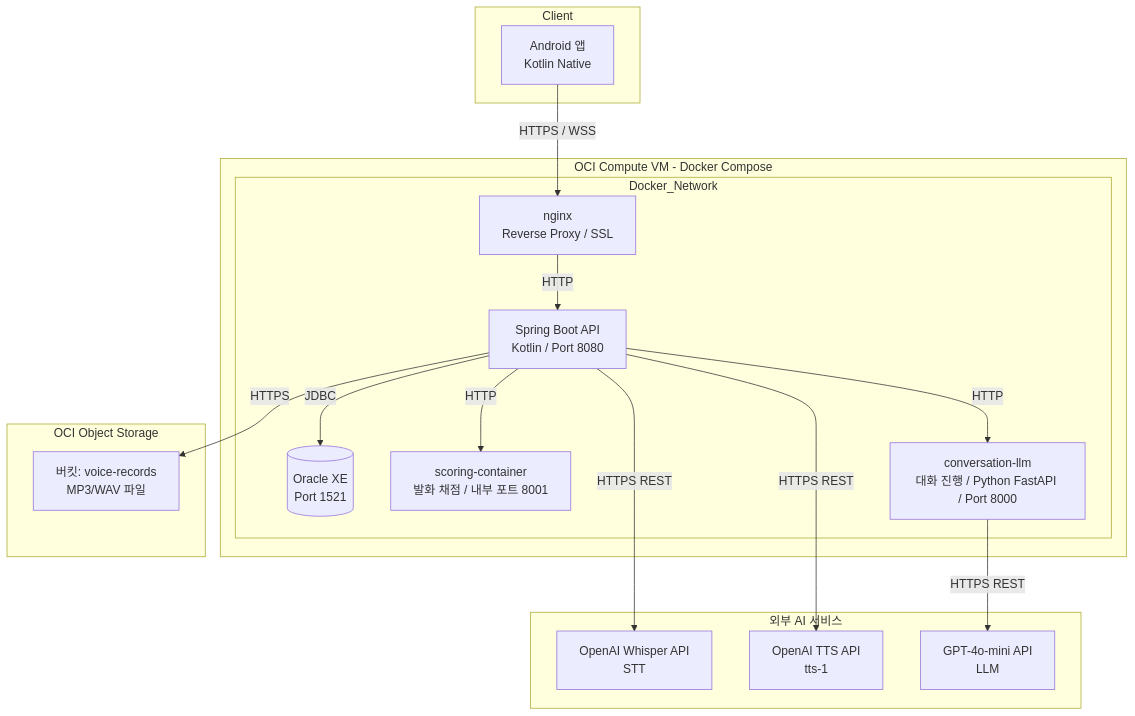
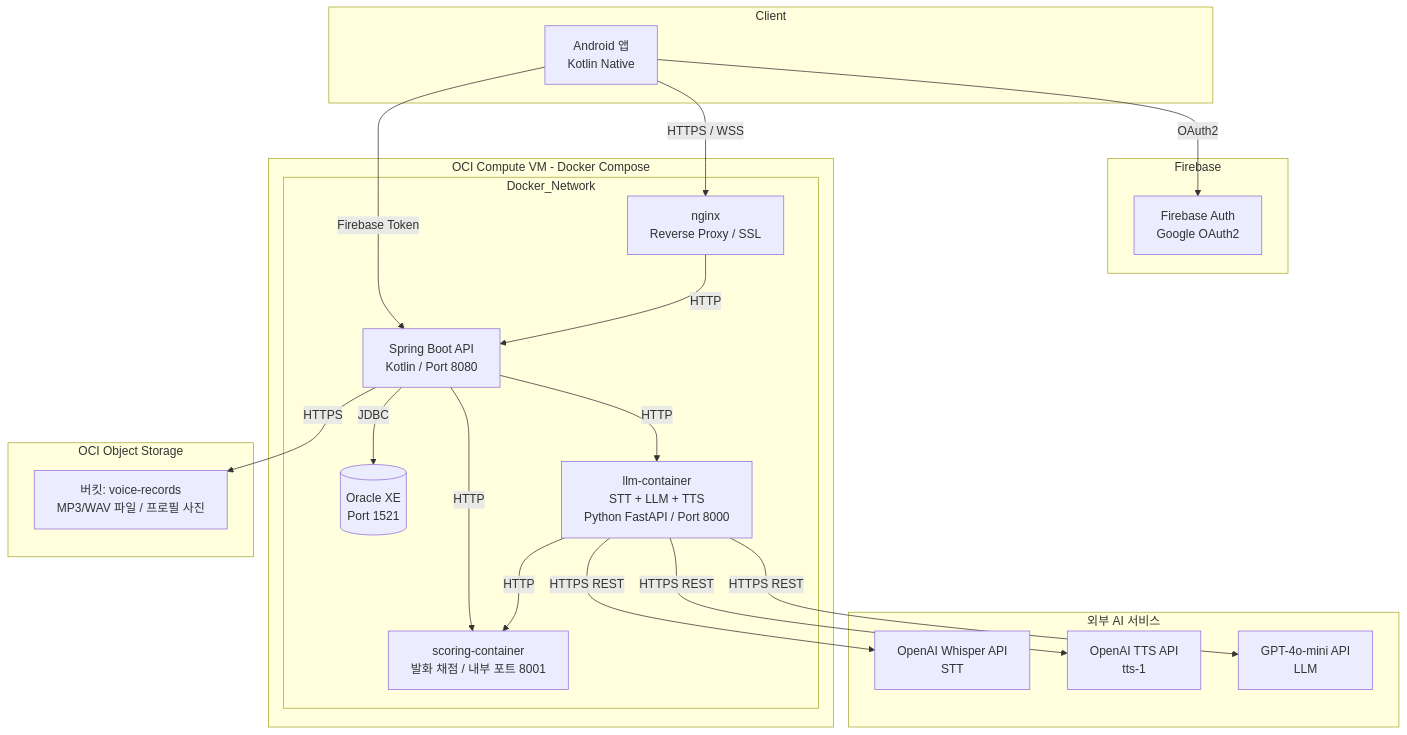
One commit to 2026SeSAC-Oracle-Team2/Documentations changed the first of 3 diagrams in 02_System_Design_Document.md. Above: the diagram before and after it, drawn with Mermaid. The commit also changed other lines of this file and 7 other files, not shown here.

````diff
--- a/02_System_Design_Document.md
+++ b/02_System_Design_Document.md
@@ -20,36 +21,43 @@
 ```mermaid
 graph TB
     subgraph Client
         A[Android 앱<br/>Kotlin Native]
+    end
+
+    subgraph Firebase
+        F[Firebase Auth<br/>Google OAuth2]
     end
 
     subgraph OCI_VM[OCI Compute VM - Docker Compose]
         subgraph Docker_Network
             N[nginx<br/>Reverse Proxy / SSL]
             S[Spring Boot API<br/>Kotlin / Port 8080]
             D[(Oracle XE<br/>Port 1521)]
+            LLM[llm-container<br/>STT + LLM + TTS<br/>Python FastAPI / Port 8000]
             SC[scoring-container<br/>발화 채점 / 내부 포트 8001]
-            CC[conversation-llm<br/>대화 진행 / Python FastAPI / Port 8000]
         end
     end
 
     subgraph OCI_Object[OCI Object Storage]
-        O[버킷: voice-records<br/>MP3/WAV 파일]
+        O[버킷: voice-records<br/>MP3/WAV 파일 / 프로필 사진]
     end
 
     subgraph External_AI[외부 AI 서비스]
         W[OpenAI Whisper API<br/>STT]
         T[OpenAI TTS API<br/>tts-1]
         G[GPT-4o-mini API<br/>LLM]
     end
 
+    A -->|OAuth2| F
+    A -->|Firebase Token| S
     A -->|HTTPS / WSS| N
     N -->|HTTP| S
     S -->|JDBC| D
     S -->|HTTPS| O
+    S -->|HTTP| LLM
     S -->|HTTP| SC
-    S -->|HTTP| CC
-    S -->|HTTPS REST| W
-    S -->|HTTPS REST| T
-    CC -->|HTTPS REST| G
+    LLM -->|HTTP| SC
+    LLM -->|HTTPS REST| W
+    LLM -->|HTTPS REST| T
+    LLM -->|HTTPS REST| G
 ```
````
